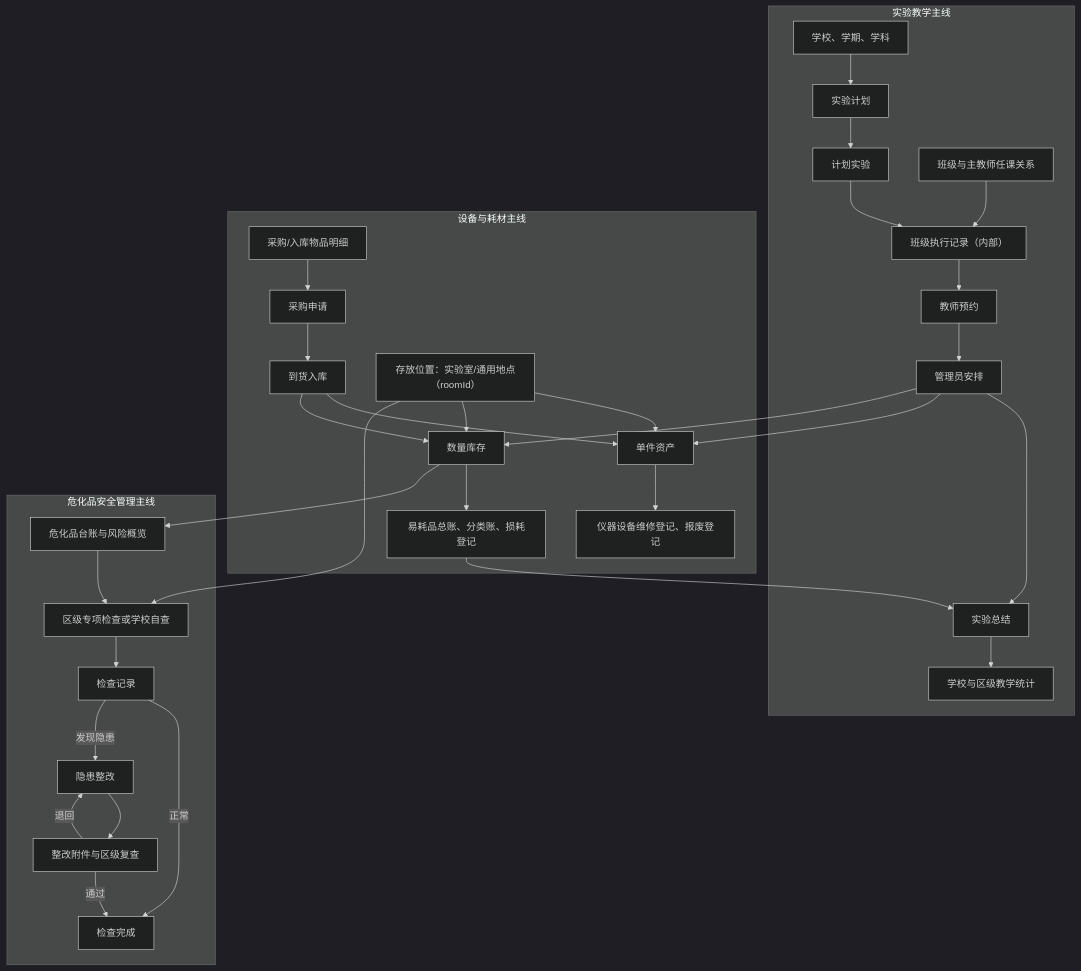
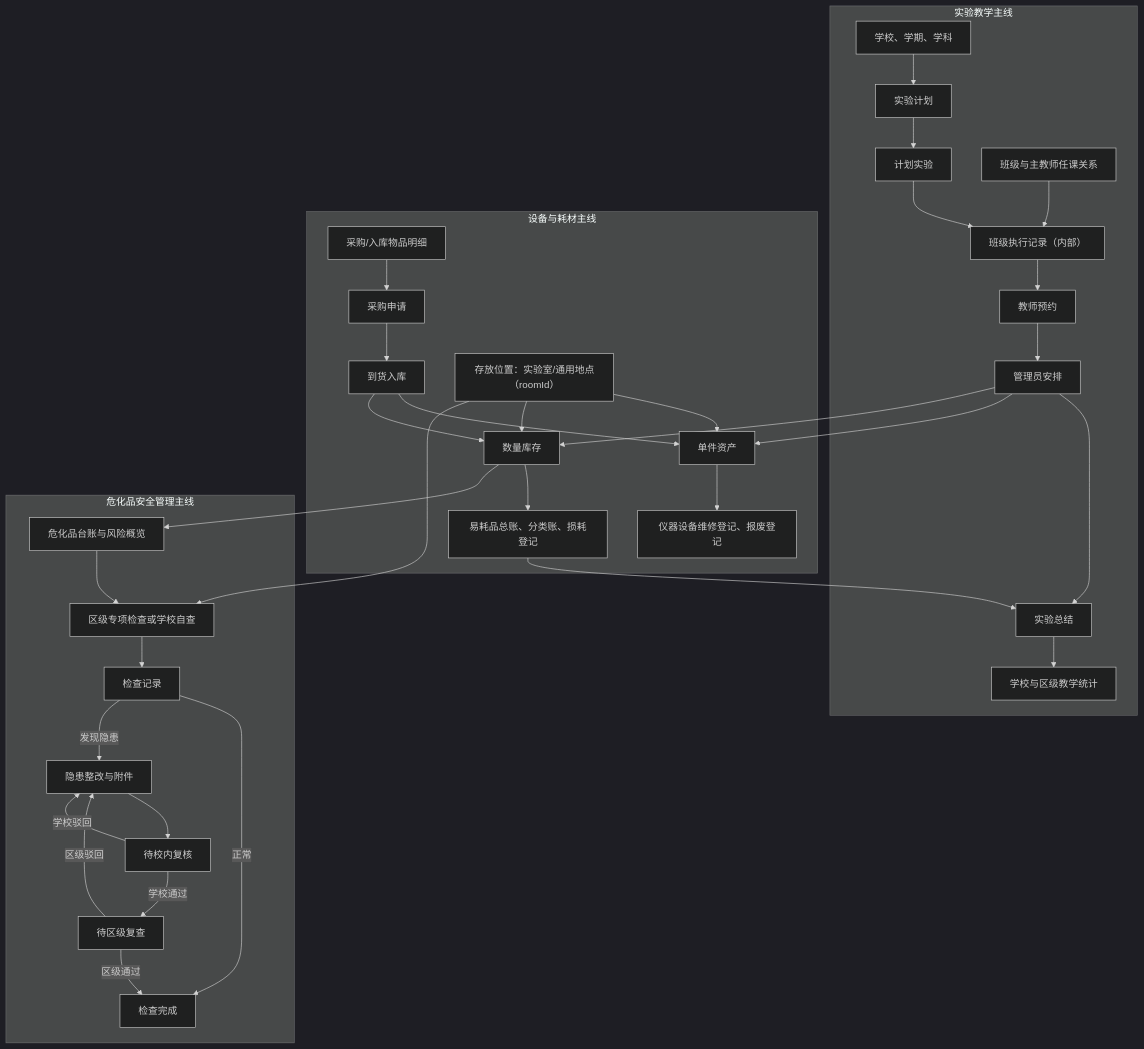
One commit to AlettaOkori/Qingpu_LaboratoryManagementSystem changed the first of 11 diagrams in new-demo/当前Demo业务流程与数据关系闭环评估报告.md. Above: the diagram before and after it, drawn with Mermaid (dark theme). The commit also changed other lines of this file and 13 other files, not shown here.

````diff
--- a/new-demo/当前Demo业务流程与数据关系闭环评估报告.md
+++ b/new-demo/当前Demo业务流程与数据关系闭环评估报告.md
@@ -52,40 +53,42 @@
 ```mermaid
 flowchart TB
   subgraph T[实验教学主线]
     T1[学校、学期、学科] --> T2[实验计划]
     T2 --> T3[计划实验]
     T4[班级与主教师任课关系] --> T5[班级执行记录（内部）]
     T3 --> T5
     T5 --> T6[教师预约]
     T6 --> T7[管理员安排]
     T7 --> T8[实验总结]
     T8 --> T9[学校与区级教学统计]
   end
 
   subgraph R[设备与耗材主线]
     R1[采购/入库物品明细] --> R2[采购申请]
     R2 --> R3[到货入库]
     R3 --> R4[单件资产]
     R3 --> R5[数量库存]
     R6[存放位置：实验室/通用地点（roomId）] --> R4
     R6 --> R5
     R4 --> R7[仪器设备维修登记、报废登记]
     R5 --> R8[易耗品总账、分类账、损耗登记]
   end
 
   subgraph S[危化品安全管理主线]
     S1[危化品台账与风险概览] --> S2[区级专项检查或学校自查]
     S2 --> S3[检查记录]
     S3 -->|正常| S6[检查完成]
-    S3 -->|发现隐患| S4[隐患整改]
-    S4 --> S5[整改附件与区级复查]
-    S5 -->|通过| S6
-    S5 -->|退回| S4
+    S3 -->|发现隐患| S4[隐患整改与附件]
+    S4 --> S5[待校内复核]
+    S5 -->|学校通过| S7[待区级复查]
+    S5 -->|学校驳回| S4
+    S7 -->|区级通过| S6
+    S7 -->|区级驳回| S4
   end
 
   R5 --> S1
   R6 --> S2
   T7 --> R4
   T7 --> R5
   R8 --> T8
 ```
````
